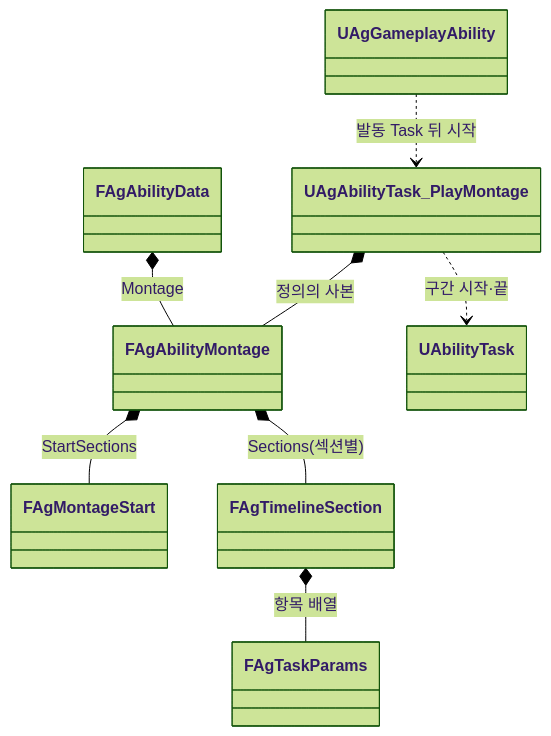
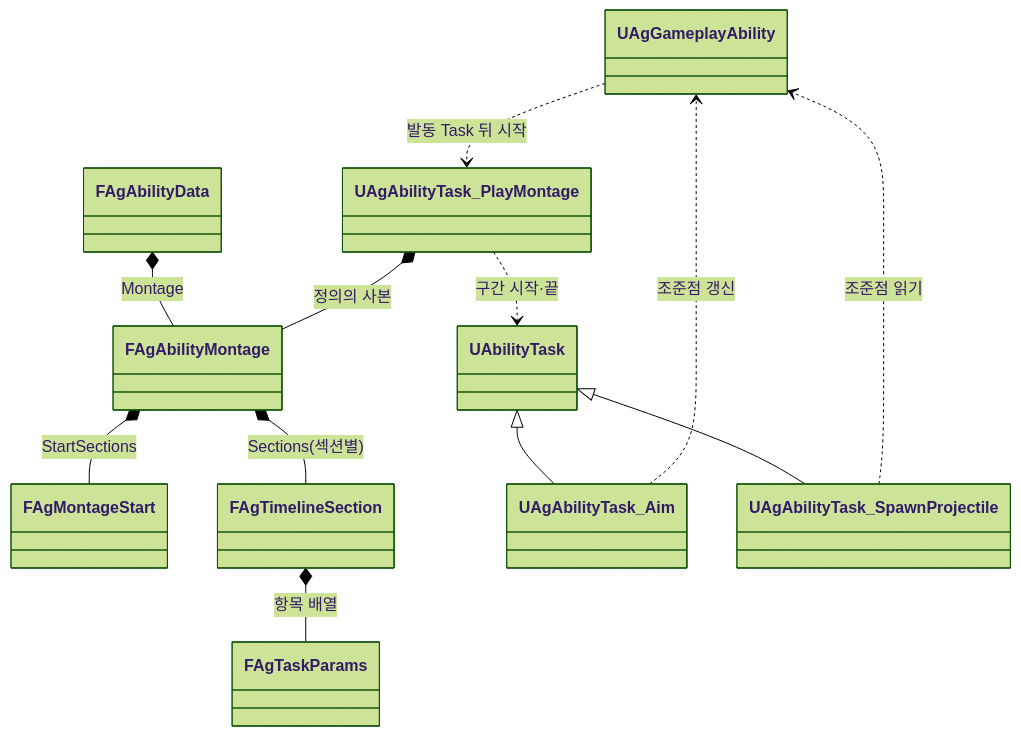
The diagram in Docs/Architecture/몽타주 타임라인과 구간 판정.md (Woogl/Ag), drawn with Mermaid (forest theme) before and after one commit. The commit also changed other lines of this file and 24 other files, not shown here.

````diff
--- a/Docs/Architecture/몽타주 타임라인과 구간 판정.md
+++ b/Docs/Architecture/몽타주 타임라인과 구간 판정.md
@@ -51,11 +55,15 @@
 ```mermaid
 classDiagram
     direction TB
     FAgAbilityData *-- FAgAbilityMontage : Montage
     FAgAbilityMontage *-- FAgMontageStart : StartSections
     FAgAbilityMontage *-- FAgTimelineSection : Sections(섹션별)
     FAgTimelineSection *-- FAgTaskParams : 항목 배열
     UAgGameplayAbility ..> UAgAbilityTask_PlayMontage : 발동 Task 뒤 시작
     UAgAbilityTask_PlayMontage *-- FAgAbilityMontage : 정의의 사본
     UAgAbilityTask_PlayMontage ..> UAbilityTask : 구간 시작·끝
+    UAbilityTask <|-- UAgAbilityTask_Aim
+    UAbilityTask <|-- UAgAbilityTask_SpawnProjectile
+    UAgAbilityTask_Aim ..> UAgGameplayAbility : 조준점 갱신
+    UAgAbilityTask_SpawnProjectile ..> UAgGameplayAbility : 조준점 읽기
 ```
````
